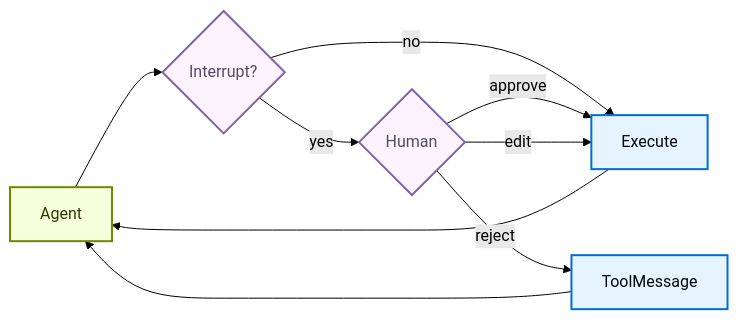
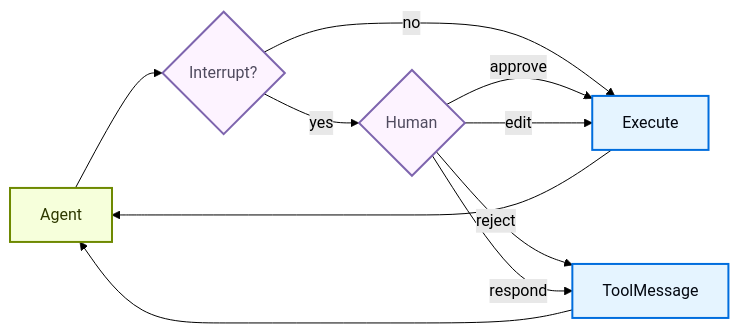
Before and after one commit to ActianCorp/langchain-ai-docs: the diagram in build/oss/javascript/deepagents/human-in-the-loop.mdx, drawn with Mermaid (forest theme). The commit also changed other lines of this file and 137 other files, not shown here.

````diff
--- a/build/oss/javascript/deepagents/human-in-the-loop.mdx
+++ b/build/oss/javascript/deepagents/human-in-the-loop.mdx
@@ -11,23 +11,24 @@
 ```mermaid
 graph LR
     Agent[Agent] --> Check{Interrupt?}
     Check --> |no| Execute[Execute]
     Check --> |yes| Human{Human}
 
     Human --> |approve| Execute
     Human --> |edit| Execute
     Human --> |reject| ToolMessage[ToolMessage]
+    Human --> |respond| ToolMessage
 
     Execute --> Agent
     ToolMessage --> Agent
 
     classDef trigger fill:#F6FFDB,stroke:#6E8900,stroke-width:2px,color:#2E3900
     classDef process fill:#E5F4FF,stroke:#006DDD,stroke-width:2px,color:#030710
     classDef decision fill:#FDF3FF,stroke:#7E65AE,stroke-width:2px,color:#504B5F
     classDef alert fill:#F8E8E6,stroke:#B27D75,stroke-width:2px,color:#634643
 
     class Agent trigger
     class Check,Human decision
     class Execute process
     class ToolMessage process
 ```
````
